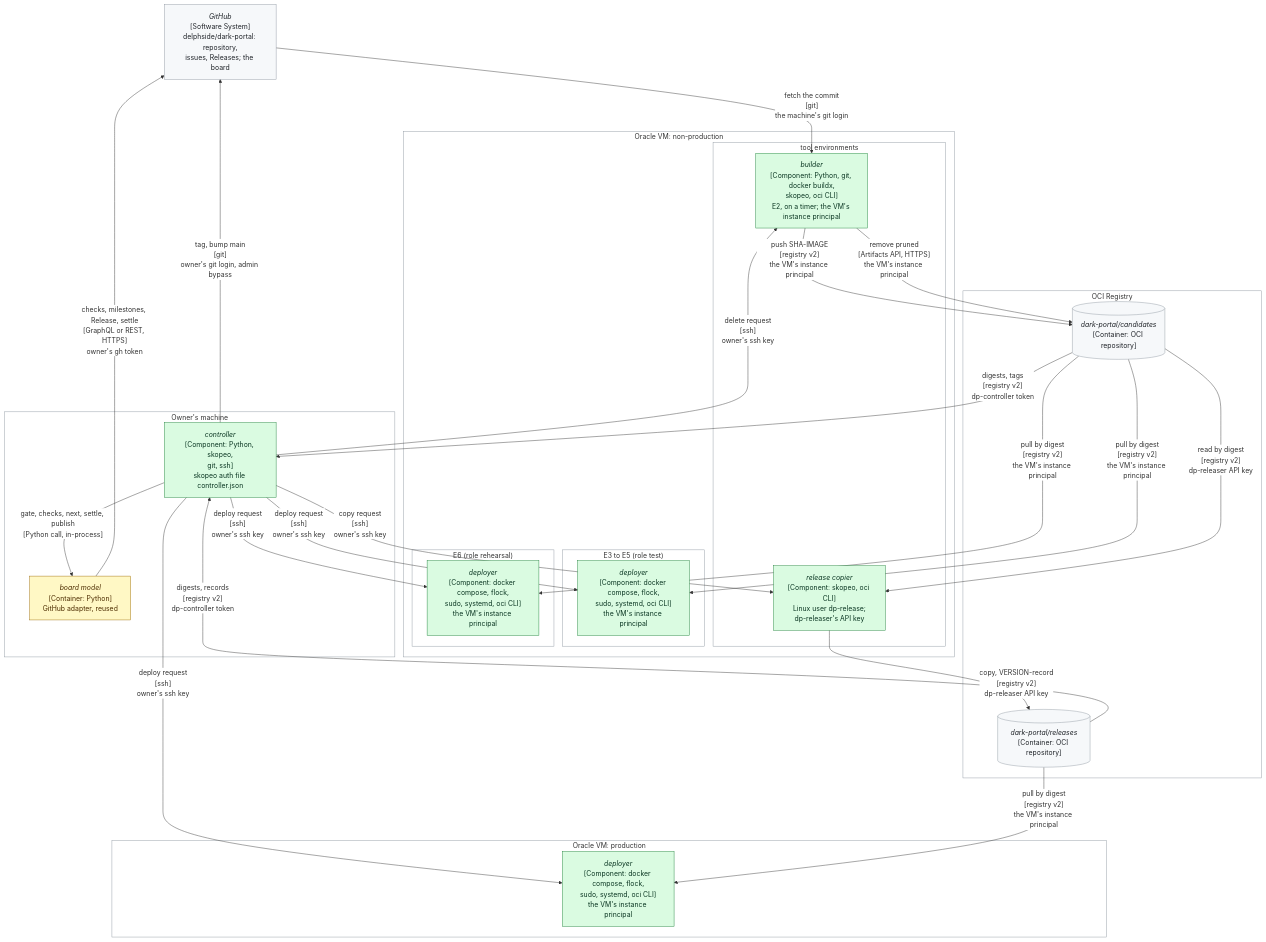
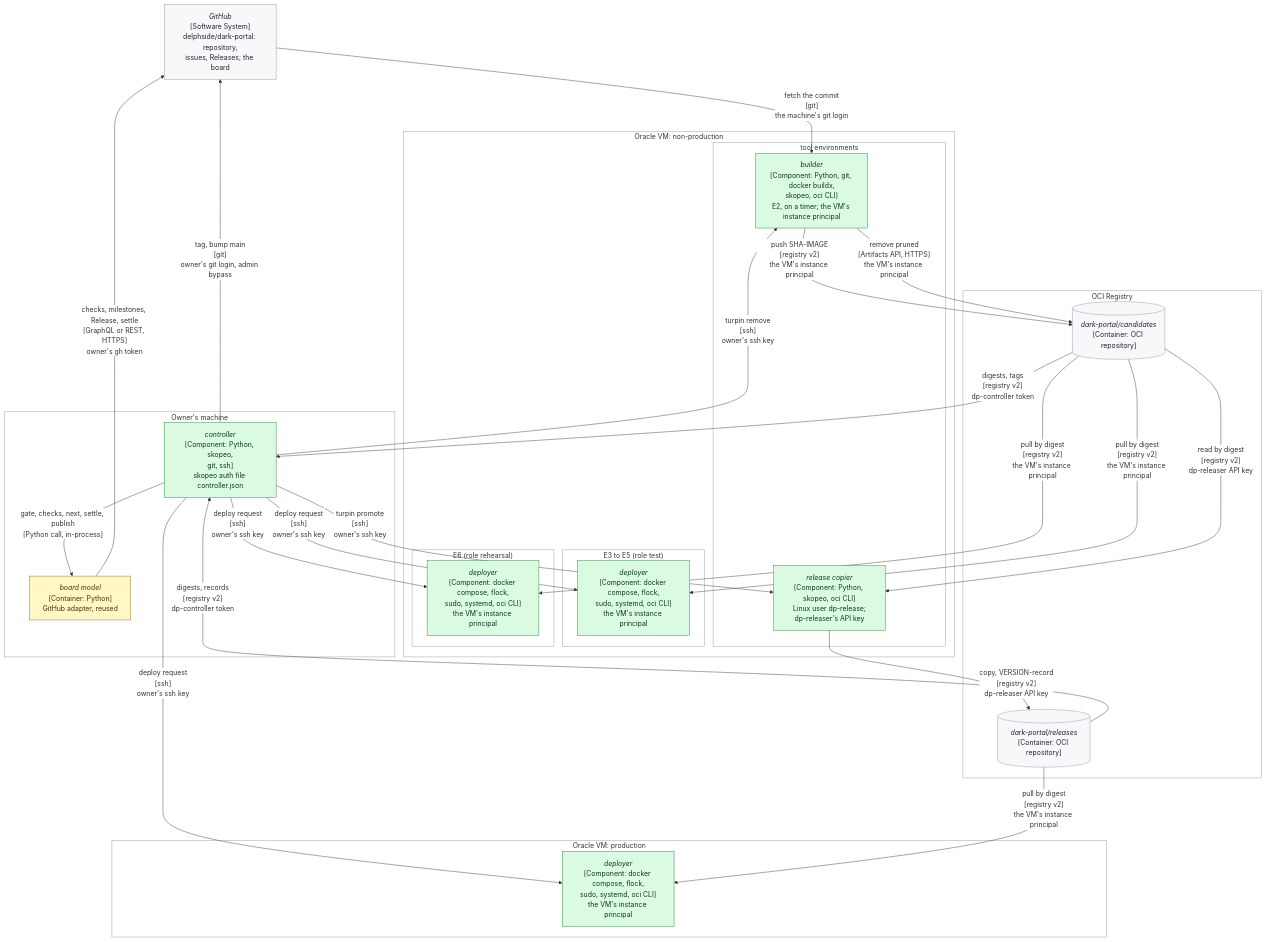
The tenth of 10 diagrams in records/2.5-changes/programme-tooling/117-generic-deliver-tool/design.md (delphside/programme), drawn with Mermaid before and after one commit. The commit also changed other lines of this file, not shown here.

First line of the commit message:
Change 117: copy and delete as Python turpin commands; translators

````diff
--- a/records/2.5-changes/programme-tooling/117-generic-deliver-tool/design.md
+++ b/records/2.5-changes/programme-tooling/117-generic-deliver-tool/design.md
@@ -1421,52 +1452,52 @@
 ```mermaid
 %%{init: {"themeVariables": {"clusterBkg": "#ffffff", "clusterBorder": "#8c959f", "edgeLabelBackground": "#ffffff"}}}%%
 flowchart TB
   GH["<i>GitHub</i><br>[Software System]<br>delphside/dark-portal: repository,<br>issues, Releases; the board"]
   subgraph OWNER["Owner's machine"]
     CTL["<i>controller</i><br>[Component: Python, skopeo,<br>git, ssh]<br>skopeo auth file controller.json"]
     BM["<i>board model</i><br>[Container: Python]<br>GitHub adapter, reused"]
   end
   subgraph OCIR["OCI Registry"]
     CAND[("<i>dark-portal/candidates</i><br>[Container: OCI repository]")]
     REL[("<i>dark-portal/releases</i><br>[Container: OCI repository]")]
   end
   subgraph NONPROD["Oracle VM: non-production"]
     subgraph TOOLS["tool environments"]
       BLD["<i>builder</i><br>[Component: Python, git, docker buildx,<br>skopeo, oci CLI]<br>E2, on a timer; the VM's instance principal"]
-      COPY["<i>release copier</i><br>[Component: skopeo, oci CLI]<br>Linux user dp-release;<br>dp-releaser's API key"]
+      COPY["<i>release copier</i><br>[Component: Python, skopeo, oci CLI]<br>Linux user dp-release;<br>dp-releaser's API key"]
     end
     subgraph TEST["E3 to E5 (role test)"]
       DEPT["<i>deployer</i><br>[Component: docker compose, flock,<br>sudo, systemd, oci CLI]<br>the VM's instance principal"]
     end
     subgraph REH["E6 (role rehearsal)"]
       DEPR["<i>deployer</i><br>[Component: docker compose, flock,<br>sudo, systemd, oci CLI]<br>the VM's instance principal"]
     end
   end
   subgraph PRODVM["Oracle VM: production"]
     DEPX["<i>deployer</i><br>[Component: docker compose, flock,<br>sudo, systemd, oci CLI]<br>the VM's instance principal"]
   end
   GH -->|"fetch the commit<br>[git]<br>the machine's git login"| BLD
   CTL -->|"gate, checks, next, settle, publish<br>[Python call, in-process]"| BM
   BM -->|"checks, milestones, Release, settle<br>[GraphQL or REST, HTTPS]<br>owner's gh token"| GH
   CTL -->|"tag, bump main<br>[git]<br>owner's git login, admin bypass"| GH
   BLD -->|"push SHA-IMAGE<br>[registry v2]<br>the VM's instance principal"| CAND
   BLD -->|"remove pruned<br>[Artifacts API, HTTPS]<br>the VM's instance principal"| CAND
   CAND -->|"digests, tags<br>[registry v2]<br>dp-controller token"| CTL
   REL -->|"digests, records<br>[registry v2]<br>dp-controller token"| CTL
-  CTL -->|"delete request<br>[ssh]<br>owner's ssh key"| BLD
-  CTL -->|"copy request<br>[ssh]<br>owner's ssh key"| COPY
+  CTL -->|"turpin remove<br>[ssh]<br>owner's ssh key"| BLD
+  CTL -->|"turpin promote<br>[ssh]<br>owner's ssh key"| COPY
   CAND -->|"read by digest<br>[registry v2]<br>dp-releaser API key"| COPY
   COPY -->|"copy, VERSION-record<br>[registry v2]<br>dp-releaser API key"| REL
   CTL -->|"deploy request<br>[ssh]<br>owner's ssh key"| DEPT
   CTL -->|"deploy request<br>[ssh]<br>owner's ssh key"| DEPR
   CTL -->|"deploy request<br>[ssh]<br>owner's ssh key"| DEPX
   CAND -->|"pull by digest<br>[registry v2]<br>the VM's instance principal"| DEPT
   CAND -->|"pull by digest<br>[registry v2]<br>the VM's instance principal"| DEPR
   REL -->|"pull by digest<br>[registry v2]<br>the VM's instance principal"| DEPX
   classDef unchanged    fill:#f6f8fa,stroke:#8c959f,color:#1f2328
   classDef new          fill:#dafbe1,stroke:#1a7f37,color:#0a3622
   classDef changed      fill:#fff8c5,stroke:#9a6700,color:#4d2d00
   class CTL,BLD,COPY,DEPT,DEPR,DEPX new
   class BM changed
   class GH,CAND,REL unchanged
 ```
````
